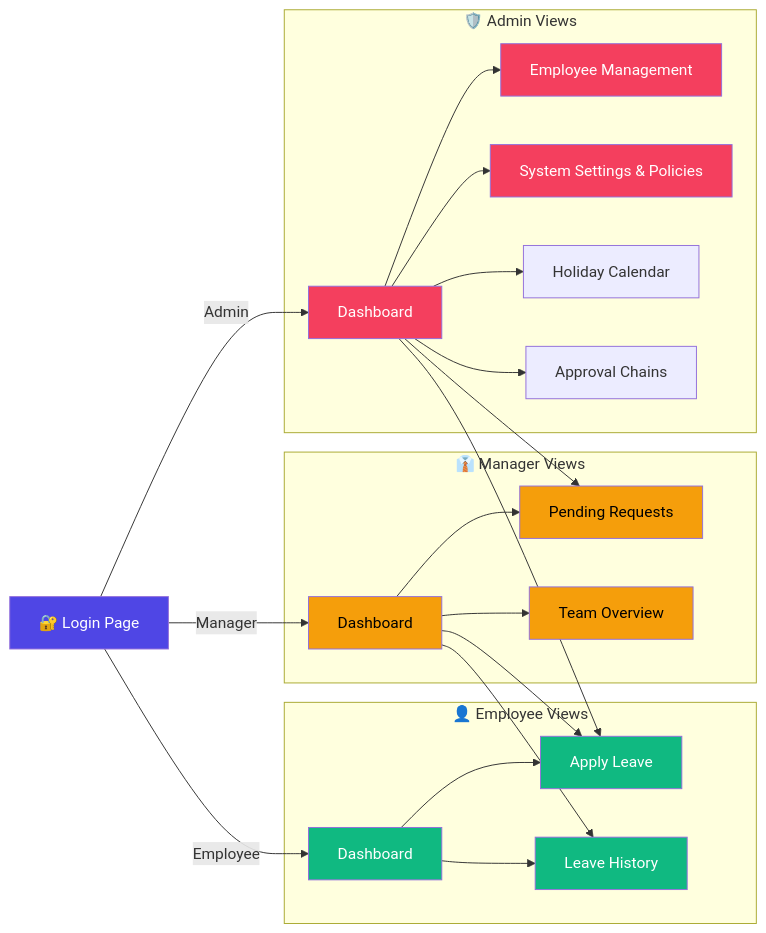
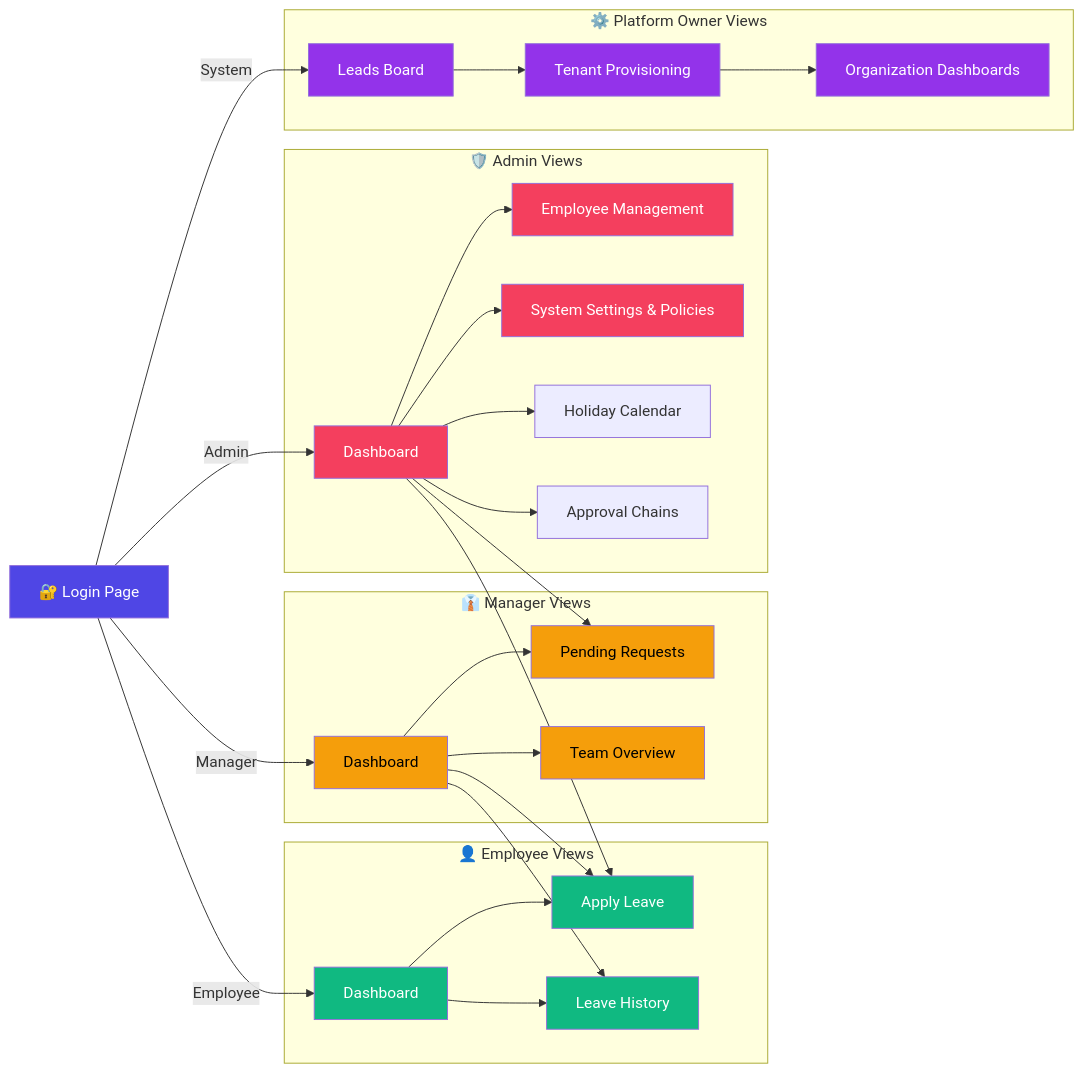
One commit to algorithnicmind/Bookflow-management changed the seventh of 7 diagrams in docs/04-User-Flows.md. Above: the diagram before and after it, drawn with Mermaid. The commit also changed other lines of this file and 8 other files, not shown here.

First line of the commit message:
Add Platform Owner & tenant-level dynamic features

````diff
--- a/docs/04-User-Flows.md
+++ b/docs/04-User-Flows.md
@@ -206,54 +208,67 @@
 ```mermaid
 flowchart LR
     Login[🔐 Login Page]
     
     subgraph Employee["👤 Employee Views"]
         ED[Dashboard]
         AL[Apply Leave]
         LH[Leave History]
     end
     
     subgraph Manager["👔 Manager Views"]
         MD[Dashboard]
         PR[Pending Requests]
         TO[Team Overview]
     end
     
     subgraph Admin["🛡️ Admin Views"]
         AD[Dashboard]
         EM[Employee Management]
         SS[System Settings & Policies]
         HC[Holiday Calendar]
         AC[Approval Chains]
     end
     
+    subgraph PlatformOwner["⚙️ Platform Owner Views"]
+        LB[Leads Board]
+        TP[Tenant Provisioning]
+        OD[Organization Dashboards]
+    end
+    
     Login -->|Employee| ED
     Login -->|Manager| MD
     Login -->|Admin| AD
+    Login -->|System| LB
     
     ED --> AL
     ED --> LH
     
     MD --> PR
     MD --> TO
     MD --> AL
     MD --> LH
     
     AD --> EM
     AD --> SS
     AD --> HC
     AD --> AC
     AD --> PR
     AD --> AL
+
+    LB --> TP
+    TP --> OD
     
     style Login fill:#4F46E5,color:#fff
     style ED fill:#10B981,color:#fff
     style AL fill:#10B981,color:#fff
     style LH fill:#10B981,color:#fff
     style MD fill:#F59E0B,color:#000
     style PR fill:#F59E0B,color:#000
     style TO fill:#F59E0B,color:#000
     style AD fill:#F43F5E,color:#fff
     style EM fill:#F43F5E,color:#fff
     style SS fill:#F43F5E,color:#fff
+    style LB fill:#9333ea,color:#fff
+    style TP fill:#9333ea,color:#fff
+    style OD fill:#9333ea,color:#fff
 ```
````
